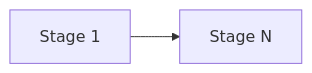
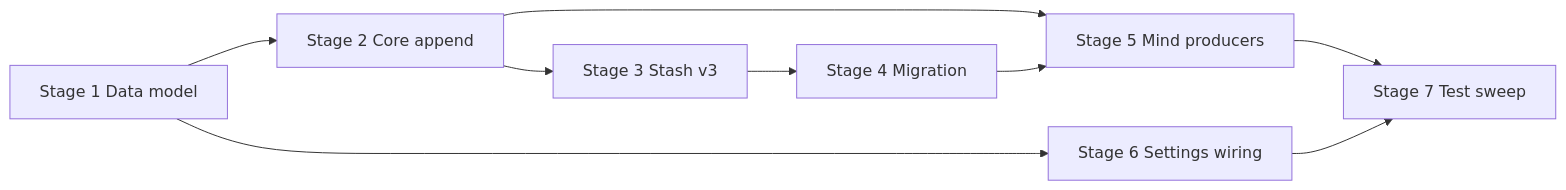
One commit to KolesnikMichael/yoda-chat-bot changed the diagram in doc/backlog/TASK-001-message-kinds-and-conversation-state-v3/plan.md. Above: the diagram before and after it, drawn with Mermaid. The commit also changed other lines of this file and 12 other files, not shown here.

````diff
--- a/doc/backlog/TASK-001-message-kinds-and-conversation-state-v3/plan.md
+++ b/doc/backlog/TASK-001-message-kinds-and-conversation-state-v3/plan.md
@@ -84,4 +231,11 @@
 ```mermaid
 graph LR
-    S1[Stage 1] --> S2[Stage N]
+    S1[Stage 1 Data model] --> S2[Stage 2 Core append]
+    S2 --> S3[Stage 3 Stash v3]
+    S3 --> S4[Stage 4 Migration]
+    S2 --> S5[Stage 5 Mind producers]
+    S4 --> S5
+    S1 --> S6[Stage 6 Settings wiring]
+    S5 --> S7[Stage 7 Test sweep]
+    S6 --> S7
 ```
````
